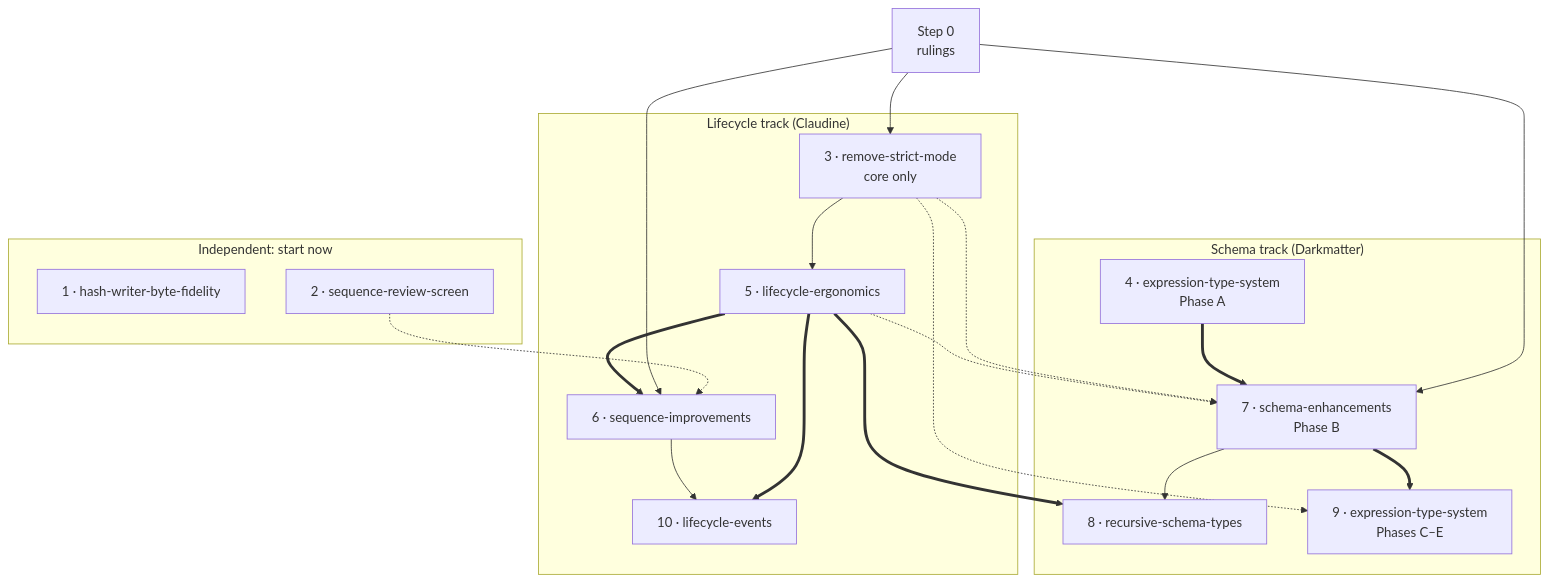
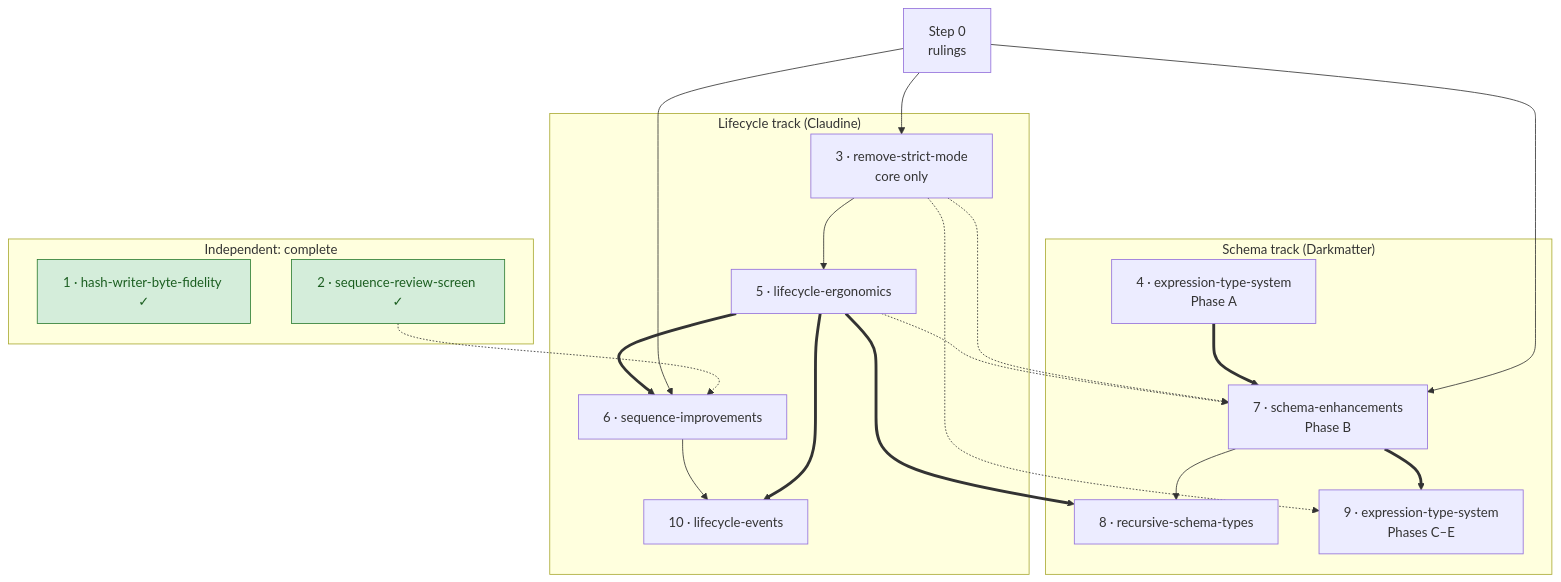
Before and after one commit to yankeeinlondon/rusty-biscuit: the diagram in claudine/docs/rollout-strategy.md, drawn with Mermaid. The commit also changed other lines of this file and 5 other files, not shown here.

````diff
--- a/claudine/docs/rollout-strategy.md
+++ b/claudine/docs/rollout-strategy.md
@@ -44,39 +52,42 @@
 ```mermaid
 flowchart TD
     R["Step 0<br/>rulings"]
 
-    subgraph now["Independent: start now"]
-        HW["1 · hash-writer-byte-fidelity"]
-        RS["2 · sequence-review-screen"]
+    subgraph done["Independent: complete"]
+        HW["1 · hash-writer-byte-fidelity ✓"]
+        RS["2 · sequence-review-screen ✓"]
     end
 
     subgraph L["Lifecycle track (Claudine)"]
         SM["3 · remove-strict-mode<br/>core only"]
         LE["5 · lifecycle-ergonomics"]
         SI["6 · sequence-improvements"]
         EV["10 · lifecycle-events"]
         SM --> LE
         LE ==> SI
         SI --> EV
         LE ==> EV
     end
 
     subgraph S["Schema track (Darkmatter)"]
         PA["4 · expression-type-system<br/>Phase A"]
         SE["7 · schema-enhancements<br/>Phase B"]
         RT["8 · recursive-schema-types"]
         CE["9 · expression-type-system<br/>Phases C–E"]
         PA ==> SE
         SE --> RT
         SE ==> CE
     end
 
     R --> SM
     R --> SE
     R --> SI
     LE ==> RT
     LE -.-> SE
     SM -.-> SE
     SM -.-> CE
     RS -.-> SI
+
+    classDef complete fill:#d4edda,stroke:#2e7d32,color:#1b5e20
+    class HW,RS complete
 ```
````
